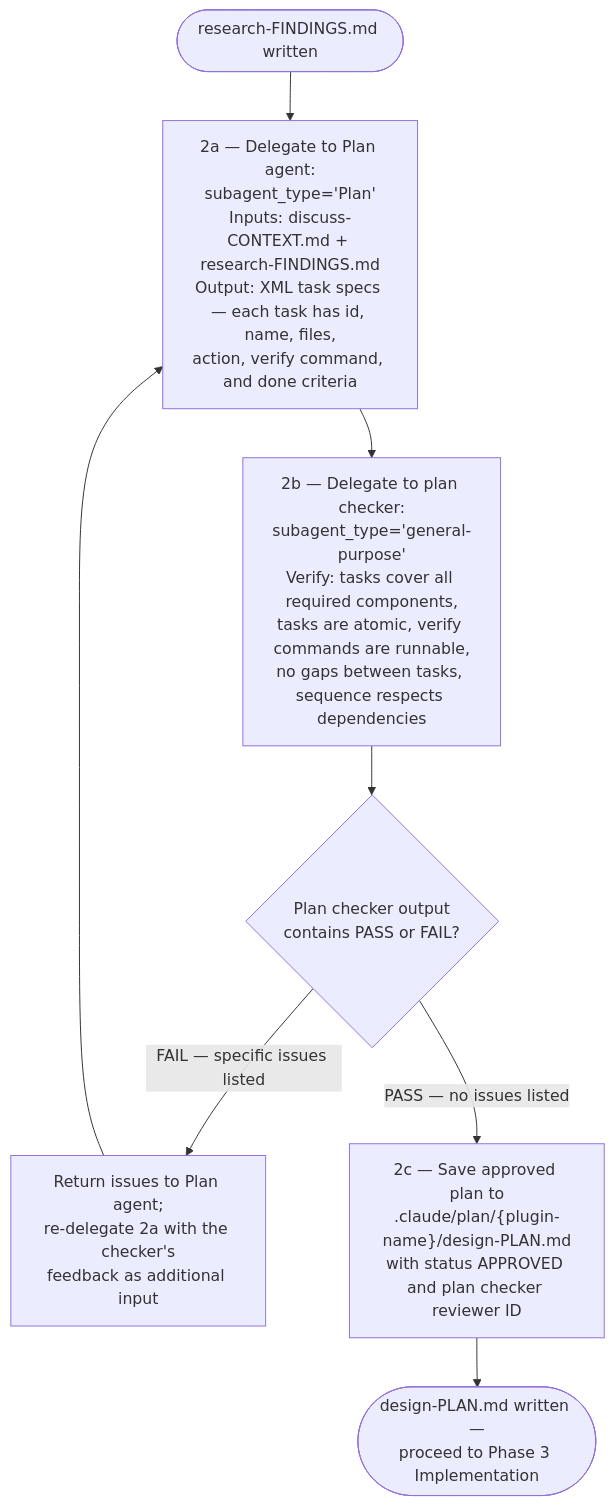
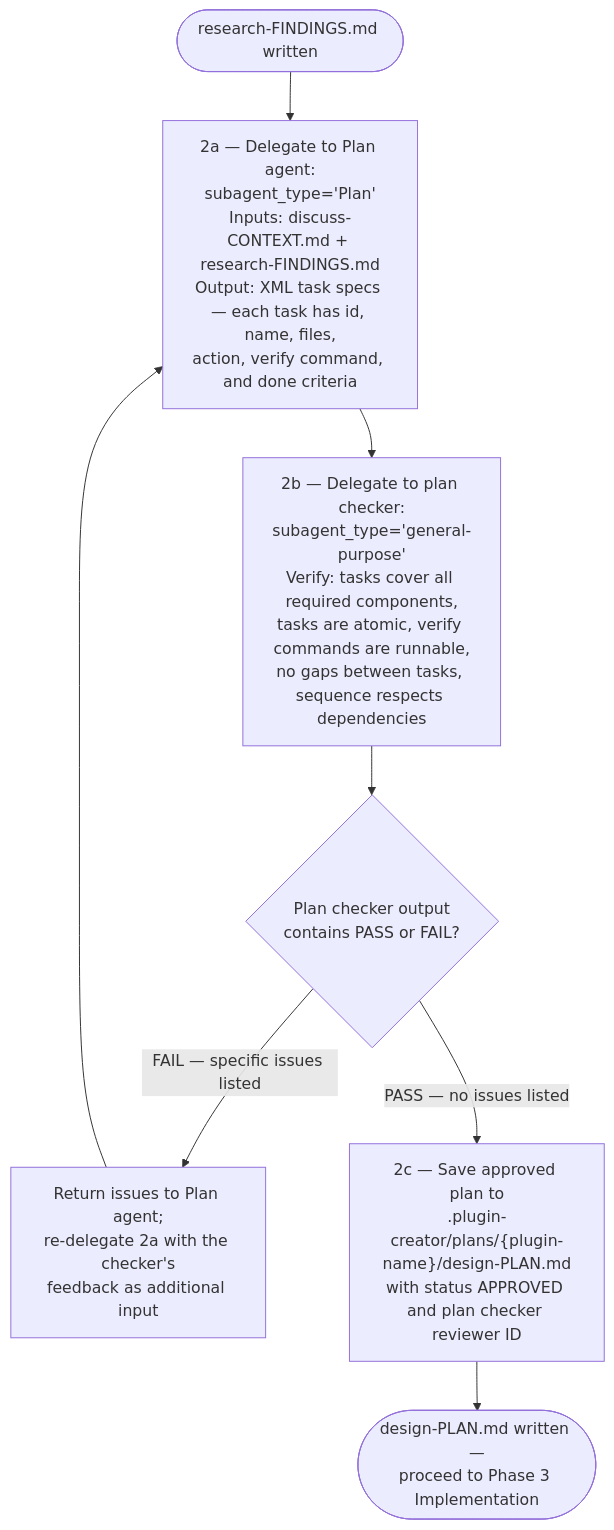
The fifth of 12 diagrams in plugins/plugin-creator/skills/plugin-creator/references/workflow-diagram.md (chgreer1070/claude_skills), drawn with Mermaid before and after one commit. The commit also changed other lines of this file and 35 other files, not shown here.

First line of the commit message:
refactor(plugins): migrate data output paths from .claude/ to .plugin-creator/ and .tmp/

````diff
--- a/plugins/plugin-creator/skills/plugin-creator/references/workflow-diagram.md
+++ b/plugins/plugin-creator/skills/plugin-creator/references/workflow-diagram.md
@@ -101,14 +101,14 @@
 ```mermaid
 flowchart TD
     Start(["research-FINDINGS.md written"]) --> Plan["2a — Delegate to Plan agent:<br>subagent_type='Plan'<br>Inputs: discuss-CONTEXT.md + research-FINDINGS.md<br>Output: XML task specs — each task has id, name, files,<br>action, verify command, and done criteria"]
 
     Plan --> Check["2b — Delegate to plan checker:<br>subagent_type='general-purpose'<br>Verify: tasks cover all required components,<br>tasks are atomic, verify commands are runnable,<br>no gaps between tasks, sequence respects dependencies"]
 
     Check --> Q{"Plan checker output<br>contains PASS or FAIL?"}
 
     Q -->|"FAIL — specific issues listed"| Fix["Return issues to Plan agent;<br>re-delegate 2a with the checker's<br>feedback as additional input"]
     Fix --> Plan
 
-    Q -->|"PASS — no issues listed"| Save["2c — Save approved plan to<br>.claude/plan/{plugin-name}/design-PLAN.md<br>with status APPROVED and plan checker reviewer ID"]
+    Q -->|"PASS — no issues listed"| Save["2c — Save approved plan to<br>.plugin-creator/plans/{plugin-name}/design-PLAN.md<br>with status APPROVED and plan checker reviewer ID"]
     Save --> Done(["design-PLAN.md written —<br>proceed to Phase 3 Implementation"])
 ```
````
